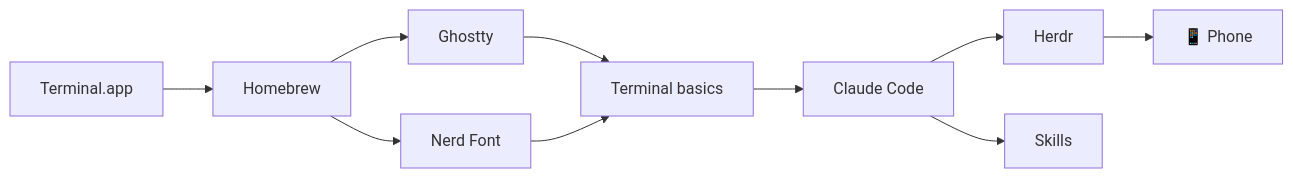
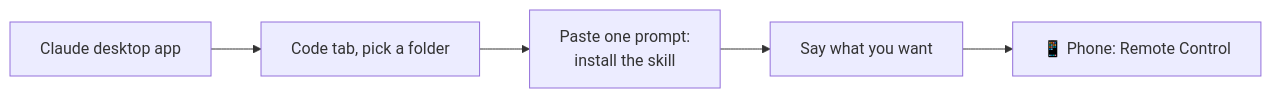
The diagram in README.md (ahoosh/shell-we-begin), drawn with Mermaid before and after one commit. The commit also changed other lines of this file and 23 other files, not shown here.

Commit message:
Simplify: desktop-app route as the main guide, Homebrew-free setup, terminal route moved to docs/advanced-terminal

````diff
--- a/README.md
+++ b/README.md
@@ -51,12 +40,7 @@
 ```mermaid
 flowchart LR
-    A[Terminal.app] --> B[Homebrew]
-    B --> C[Ghostty]
-    B --> D[Nerd Font]
-    C --> E[Terminal basics]
-    D --> E
-    E --> F[Claude Code]
-    F --> G[Herdr]
-    G --> H[📱 Phone]
-    F --> I[Skills]
+    A[Claude desktop app] --> B[Code tab, pick a folder]
+    B --> C["Paste one prompt:\ninstall the skill"]
+    C --> D[Say what you want]
+    D --> E[📱 Phone: Remote Control]
 ```
````
